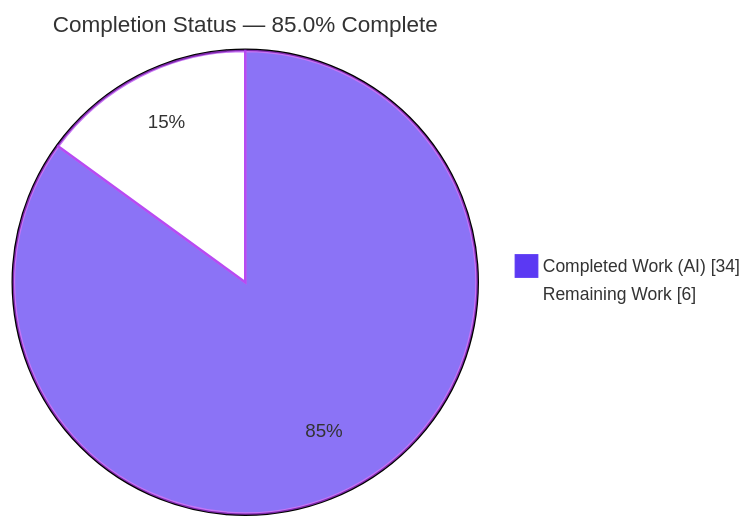
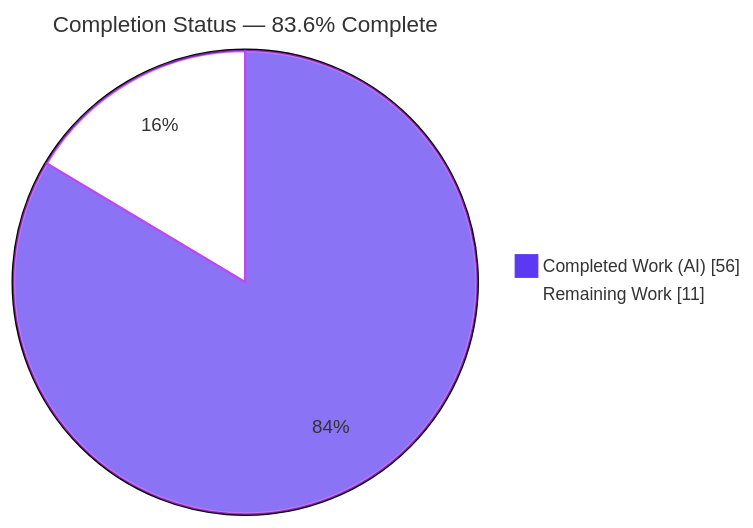
Before and after one commit to Sandeep02Kumar02/29-dec-existing-projects-qa-test-2: the first of 3 diagrams in blitzy/documentation/Project Guide.md, drawn with Mermaid. The commit also changed other lines of this file, not shown here.

Commit message:
Adding Blitzy Project Guide: Project Status and Human Tasks Remaining

````diff
--- a/blitzy/documentation/Project Guide.md
+++ b/blitzy/documentation/Project Guide.md
@@ -17,6 +17,6 @@
 ```mermaid
 %%{init: {'theme':'base','themeVariables':{'pie1':'#5B39F3','pie2':'#FFFFFF','pieStrokeColor':'#B23AF2','pieStrokeWidth':'2px','pieOuterStrokeWidth':'2px','pieTitleTextSize':'18px','pieSectionTextSize':'15px','pieLegendTextSize':'14px'}}}%%
-pie showData title Completion Status — 85.0% Complete
-    "Completed Work (AI)" : 34
-    "Remaining Work" : 6
+pie showData title Completion Status — 83.6% Complete
+    "Completed Work (AI)" : 56
+    "Remaining Work" : 11
 ```
````
